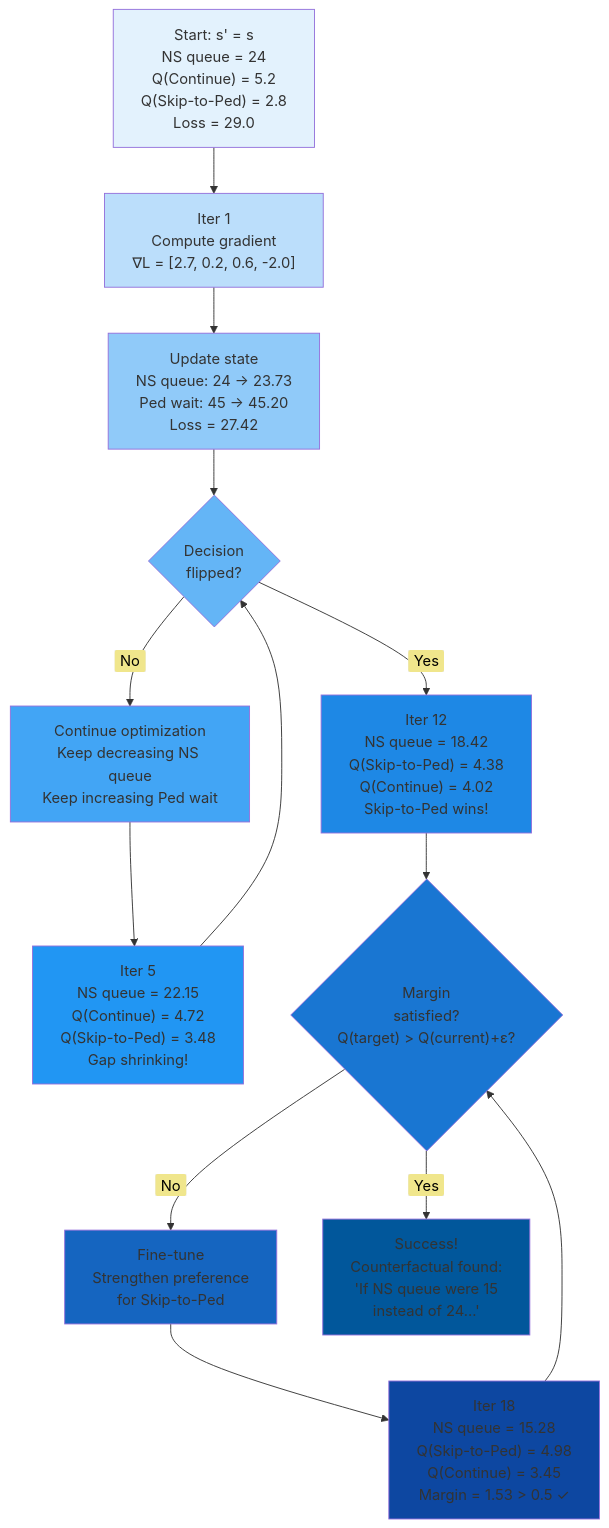
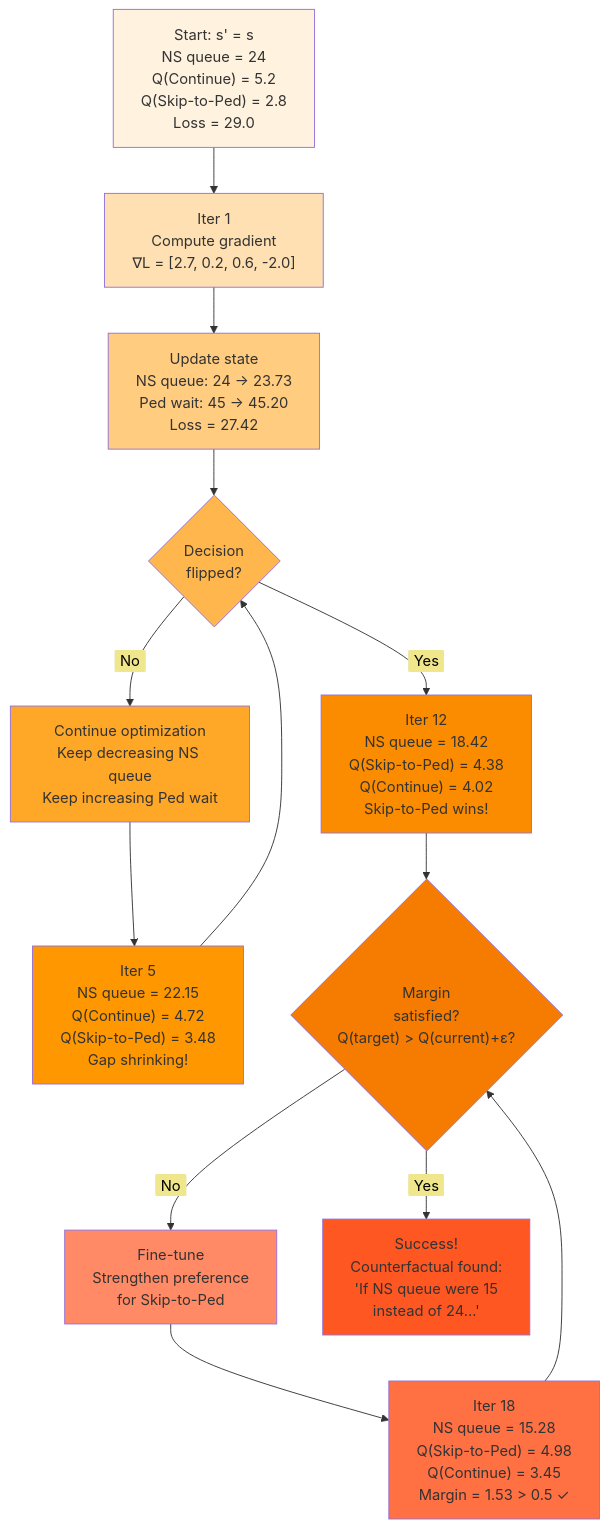
Before and after one commit to Chaklader/DPRL-Value-based-methods: the seventh of 11 diagrams in C_7.md, drawn with Mermaid. The commit also changed other lines of this file, not shown here.

Commit message:
The commit is successful

````diff
--- a/C_7.md
+++ b/C_7.md
@@ -1798,38 +1792,38 @@
 ```mermaid
 flowchart TD
     A["Start: s' = s<br>NS queue = 24<br>Q(Continue) = 5.2<br>Q(Skip-to-Ped) = 2.8<br>Loss = 29.0"] --> B["Iter 1<br>Compute gradient<br>∇L = [2.7, 0.2, 0.6, -2.0]"]
 
     B --> C["Update state<br>NS queue: 24 → 23.73<br>Ped wait: 45 → 45.20<br>Loss = 27.42"]
 
     C --> D{"Decision<br>flipped?"}
 
     D -->|<span style='background-color:khaki; color:black; padding:2px 6px; border-radius:3px'>No</span>| E["Continue optimization<br>Keep decreasing NS queue<br>Keep increasing Ped wait"]
 
     E --> F["Iter 5<br>NS queue = 22.15<br>Q(Continue) = 4.72<br>Q(Skip-to-Ped) = 3.48<br>Gap shrinking!"]
 
     F --> D
 
     D -->|<span style='background-color:khaki; color:black; padding:2px 6px; border-radius:3px'>Yes</span>| G["Iter 12<br>NS queue = 18.42<br>Q(Skip-to-Ped) = 4.38<br>Q(Continue) = 4.02<br>Skip-to-Ped wins!"]
 
     G --> H{"Margin<br>satisfied?<br>Q(target) > Q(current)+ε?"}
 
     H -->|<span style='background-color:khaki; color:black; padding:2px 6px; border-radius:3px'>No</span>| I["Fine-tune<br>Strengthen preference<br>for Skip-to-Ped"]
 
     I --> J["Iter 18<br>NS queue = 15.28<br>Q(Skip-to-Ped) = 4.98<br>Q(Continue) = 3.45<br>Margin = 1.53 > 0.5 ✓"]
 
     J --> H
 
     H -->|<span style='background-color:khaki; color:black; padding:2px 6px; border-radius:3px'>Yes</span>| K["Success!<br>Counterfactual found:<br>'If NS queue were 15<br>instead of 24...'"]
 
-    style A fill:#E3F2FD
-    style B fill:#BBDEFB
-    style C fill:#90CAF9
-    style D fill:#64B5F6
-    style E fill:#42A5F5
-    style F fill:#2196F3
-    style G fill:#1E88E5
-    style H fill:#1976D2
-    style I fill:#1565C0
-    style J fill:#0D47A1
-    style K fill:#01579B
+style A fill:#FFF3E0
+style B fill:#FFE0B2
+style C fill:#FFCC80
+style D fill:#FFB74D
+style E fill:#FFA726
+style F fill:#FF9800
+style G fill:#FB8C00
+style H fill:#F57C00
+style I fill:#FF8A65
+style J fill:#FF7043
+style K fill:#FF5722
 ```
````
